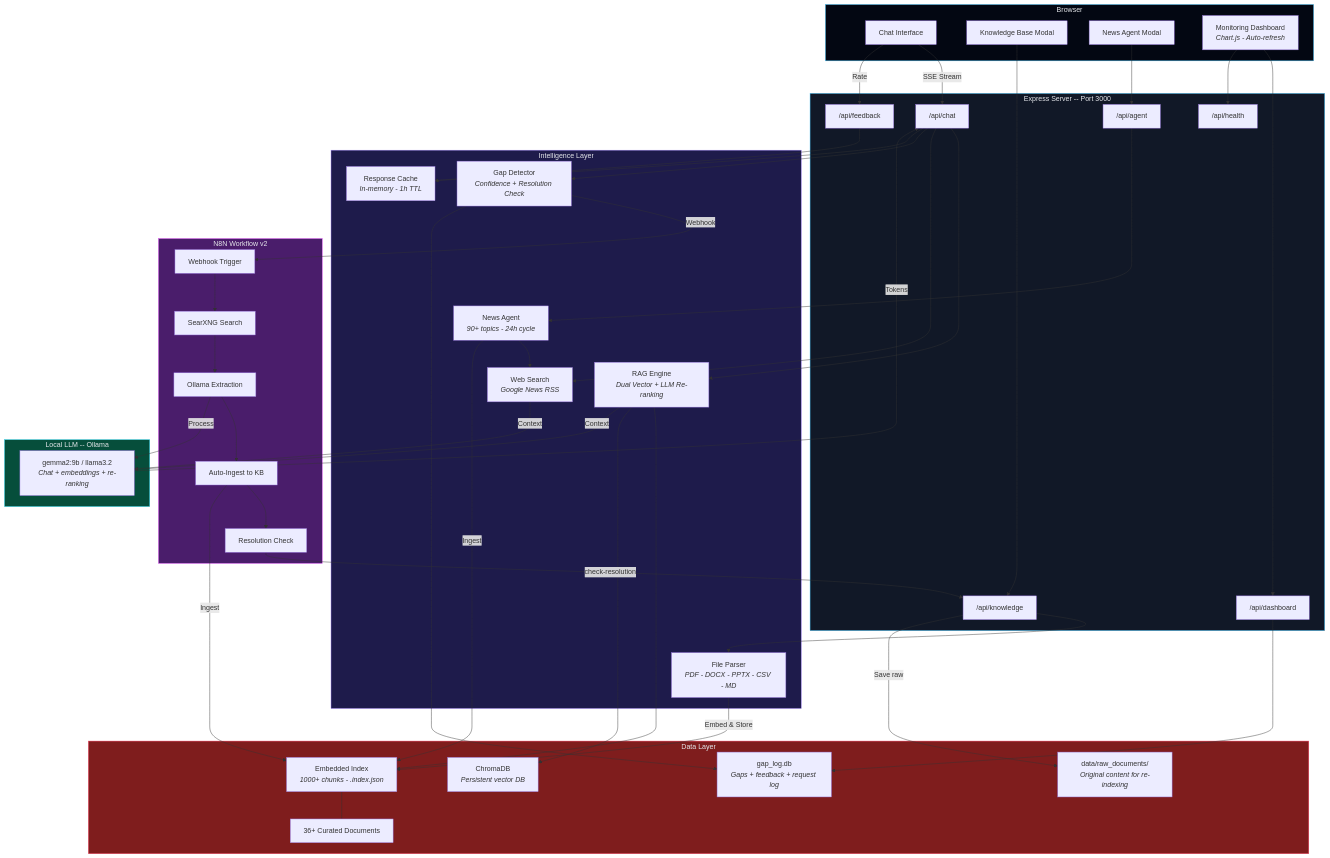
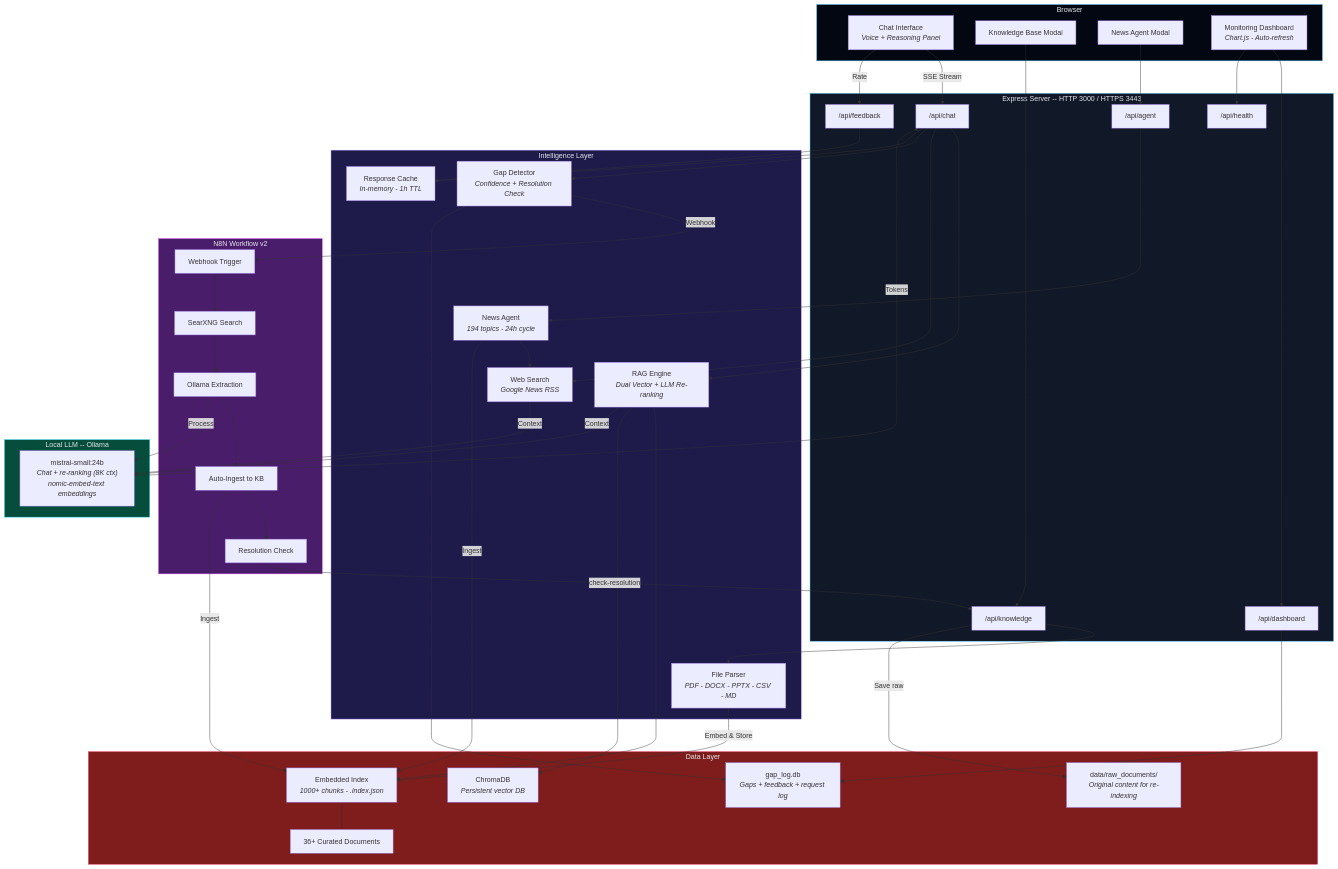
Before and after one commit to sebdallais-git/PharmaCyberLLM: the fifth of 8 diagrams in README.md, drawn with Mermaid. The commit also changed other lines of this file, not shown here.

Commit message:
docs: update README with voice input, reasoning transparency, KB health monitoring, and Mistral 24B

````diff
--- a/README.md
+++ b/README.md
@@ -206,13 +301,13 @@
 ```mermaid
 graph TB
     subgraph CLIENT["Browser"]
-        CHAT["Chat Interface"]
+        CHAT["Chat Interface<br/><i>Voice + Reasoning Panel</i>"]
         KB["Knowledge Base Modal"]
         NA["News Agent Modal"]
         DASH["Monitoring Dashboard<br/><i>Chart.js - Auto-refresh</i>"]
     end
 
-    subgraph SERVER["Express Server -- Port 3000"]
+    subgraph SERVER["Express Server -- HTTP 3000 / HTTPS 3443"]
         API_CHAT["/api/chat"]
         API_KB["/api/knowledge"]
         API_AGENT["/api/agent"]
@@ -224,7 +319,7 @@
     subgraph INTELLIGENCE["Intelligence Layer"]
         RAG["RAG Engine<br/><i>Dual Vector + LLM Re-ranking</i>"]
         WEB["Web Search<br/><i>Google News RSS</i>"]
-        AGENT["News Agent<br/><i>90+ topics - 24h cycle</i>"]
+        AGENT["News Agent<br/><i>194 topics - 24h cycle</i>"]
         PARSE["File Parser<br/><i>PDF - DOCX - PPTX - CSV - MD</i>"]
         GAP["Gap Detector<br/><i>Confidence + Resolution Check</i>"]
         RCACHE["Response Cache<br/><i>In-memory - 1h TTL</i>"]
@@ -239,7 +334,7 @@
     end
 
     subgraph LLM["Local LLM -- Ollama"]
-        MODEL["gemma2:9b / llama3.2<br/><i>Chat + embeddings + re-ranking</i>"]
+        MODEL["mistral-small:24b<br/><i>Chat + re-ranking (8K ctx)</i><br/><i>nomic-embed-text embeddings</i>"]
     end
 
     subgraph STORE["Data Layer"]
````
